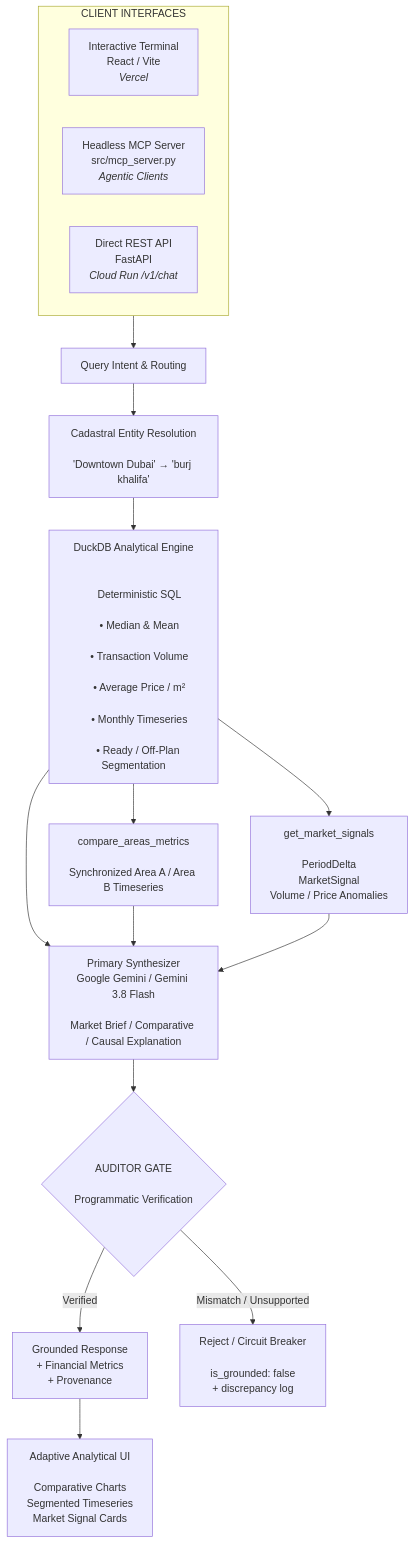
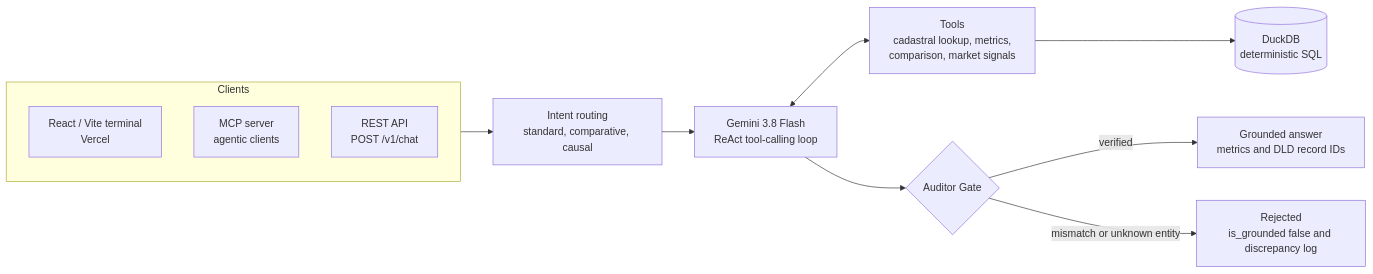
The first of 2 diagrams in README.md (aha2003/acreiq), drawn with Mermaid before and after one commit. The commit also changed other lines of this file, not shown here.

````diff
--- a/README.md
+++ b/README.md
@@ -34,39 +26,16 @@
 ```mermaid
-flowchart TD
-
-    subgraph Clients["CLIENT INTERFACES"]
-        direction LR
-
-        C1["Interactive Terminal<br/>React / Vite<br/><i>Vercel</i>"]
-        C2["Headless MCP Server<br/>src/mcp_server.py<br/><i>Agentic Clients</i>"]
-        C3["Direct REST API<br/>FastAPI<br/><i>Cloud Run /v1/chat</i>"]
+flowchart LR
+    subgraph Clients
+        UI["React / Vite terminal<br/>Vercel"]
+        MCP["MCP server<br/>agentic clients"]
+        API["REST API<br/>POST /v1/chat"]
     end
 
-    Clients --> Router["Query Intent & Routing"]
-
-    Router --> Cadastral["Cadastral Entity Resolution<br/><br/>'Downtown Dubai' → 'burj khalifa'"]
-
-    Cadastral --> Analytics["DuckDB Analytical Engine<br/><br/>
-    Deterministic SQL<br/>
-    • Median & Mean<br/>
-    • Transaction Volume<br/>
-    • Average Price / m²<br/>
-    • Monthly Timeseries<br/>
-    • Ready / Off-Plan Segmentation"]
-
-    Analytics --> Compare["compare_areas_metrics<br/><br/>Synchronized Area A / Area B Timeseries"]
-
-    Analytics --> Signals["get_market_signals<br/><br/>PeriodDelta<br/>MarketSignal<br/>Volume / Price Anomalies"]
-
-    Analytics --> Synth["Primary Synthesizer<br/>Google Gemini / Gemini 3.8 Flash<br/><br/>Market Brief / Comparative / Causal Explanation"]
-
-    Compare --> Synth
-    Signals --> Synth
-
-    Synth --> Auditor{"AUDITOR GATE<br/><br/>Programmatic Verification"}
-
-    Auditor -->|Verified| Response["Grounded Response<br/>+ Financial Metrics<br/>+ Provenance"]
-    Auditor -->|Mismatch / Unsupported| Reject["Reject / Circuit Breaker<br/><br/>is_grounded: false<br/>+ discrepancy log"]
-
-    Response --> UI["Adaptive Analytical UI<br/><br/>Comparative Charts<br/>Segmented Timeseries<br/>Market Signal Cards"]
+    Clients --> Route["Intent routing<br/>standard, comparative, causal"]
+    Route --> Agent["Gemini 3.8 Flash<br/>ReAct tool-calling loop"]
+    Agent <--> Tools["Tools<br/>cadastral lookup, metrics,<br/>comparison, market signals"]
+    Tools --> DB[("DuckDB<br/>deterministic SQL")]
+    Agent --> Gate{"Auditor Gate"}
+    Gate -->|"verified"| OK["Grounded answer<br/>metrics and DLD record IDs"]
+    Gate -->|"mismatch or unknown entity"| NO["Rejected<br/>is_grounded false and discrepancy log"]
 ```
````
